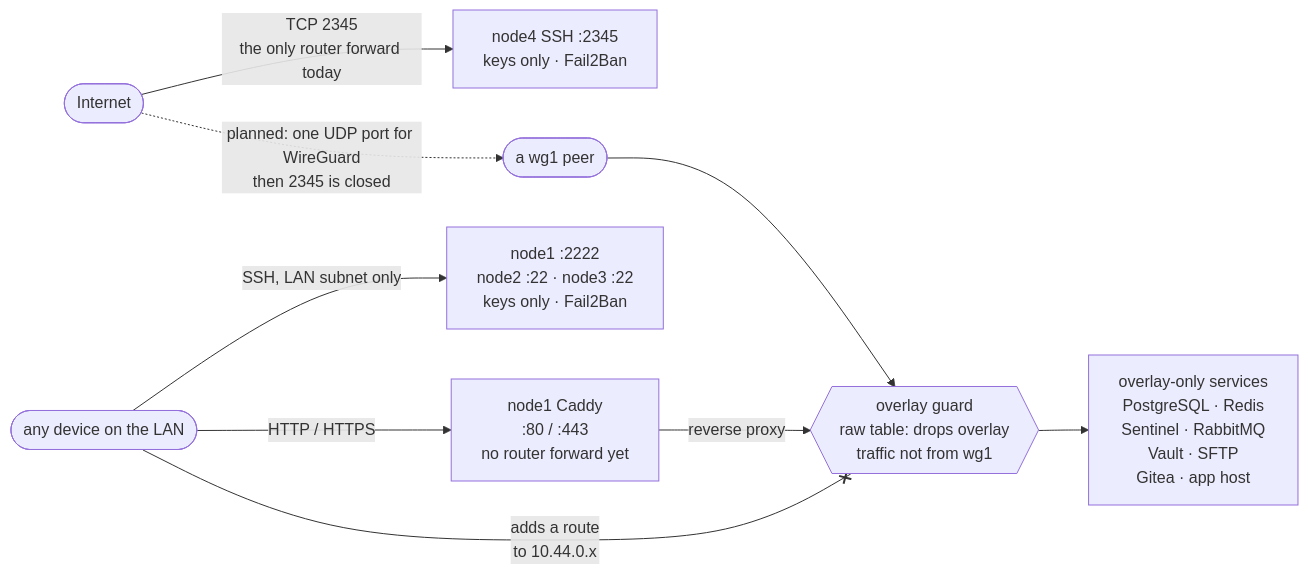
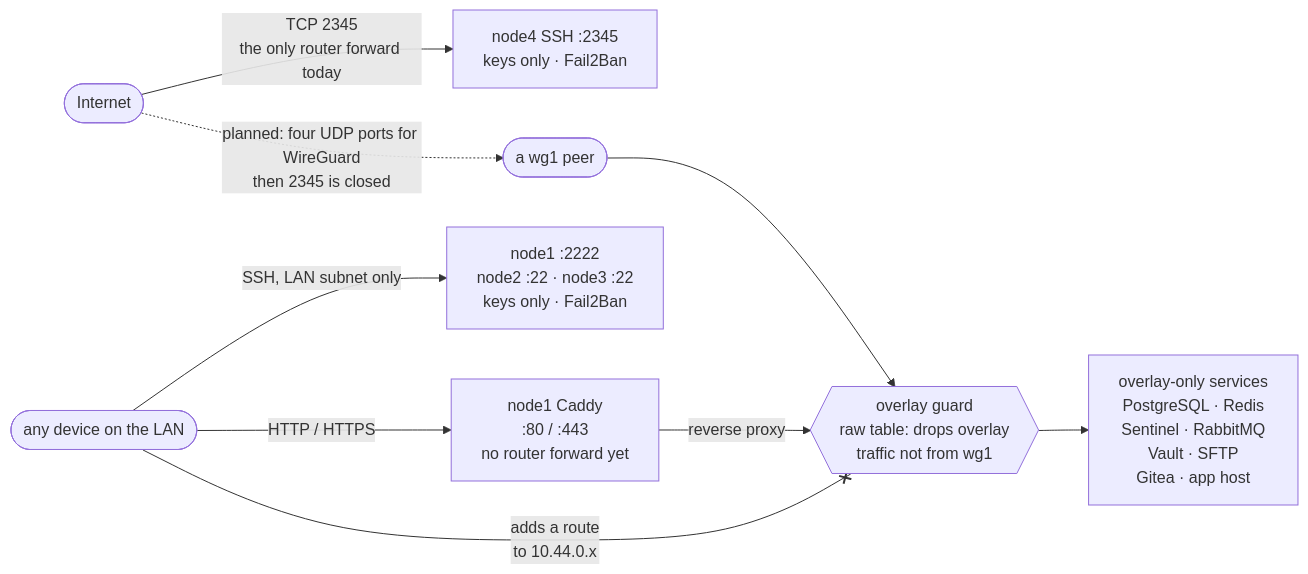
Before and after one commit to vpetukhov-wbss/homelab-infrastructure: the fourth of 8 diagrams in README.md, drawn with Mermaid. The commit also changed other lines of this file and 15 other files, not shown here.

```diff
--- a/README.md
+++ b/README.md
@@ -111,16 +112,16 @@
 ~~~mermaid
 flowchart LR
     internet(["Internet"])
     lanhost(["any device on the LAN"])
     peer(["a wg1 peer"])
 
     internet -- "TCP 2345<br/>the only router forward today" --> laptop["node4 SSH :2345<br/>keys only · Fail2Ban"]
-    internet -. "planned: one UDP port for WireGuard<br/>then 2345 is closed" .-> peer
+    internet -. "planned: four UDP ports for WireGuard<br/>then 2345 is closed" .-> peer
 
     lanhost -- "SSH, LAN subnet only" --> nodessh["node1 :2222<br/>node2 :22 · node3 :22<br/>keys only · Fail2Ban"]
     lanhost -- "HTTP / HTTPS" --> caddy["node1 Caddy<br/>:80 / :443<br/>no router forward yet"]
     lanhost -- "adds a route<br/>to 10.44.0.x" --x guard{{"overlay guard<br/>raw table: drops overlay<br/>traffic not from wg1"}}
     peer --> guard
     caddy -- "reverse proxy" --> guard
     guard --> svc["overlay-only services<br/>PostgreSQL · Redis<br/>Sentinel · RabbitMQ<br/>Vault · SFTP<br/>Gitea · app host"]
 ~~~
```
